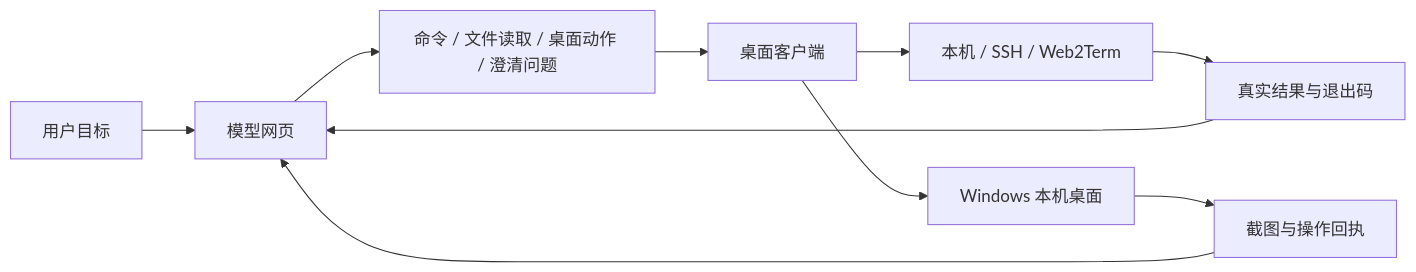
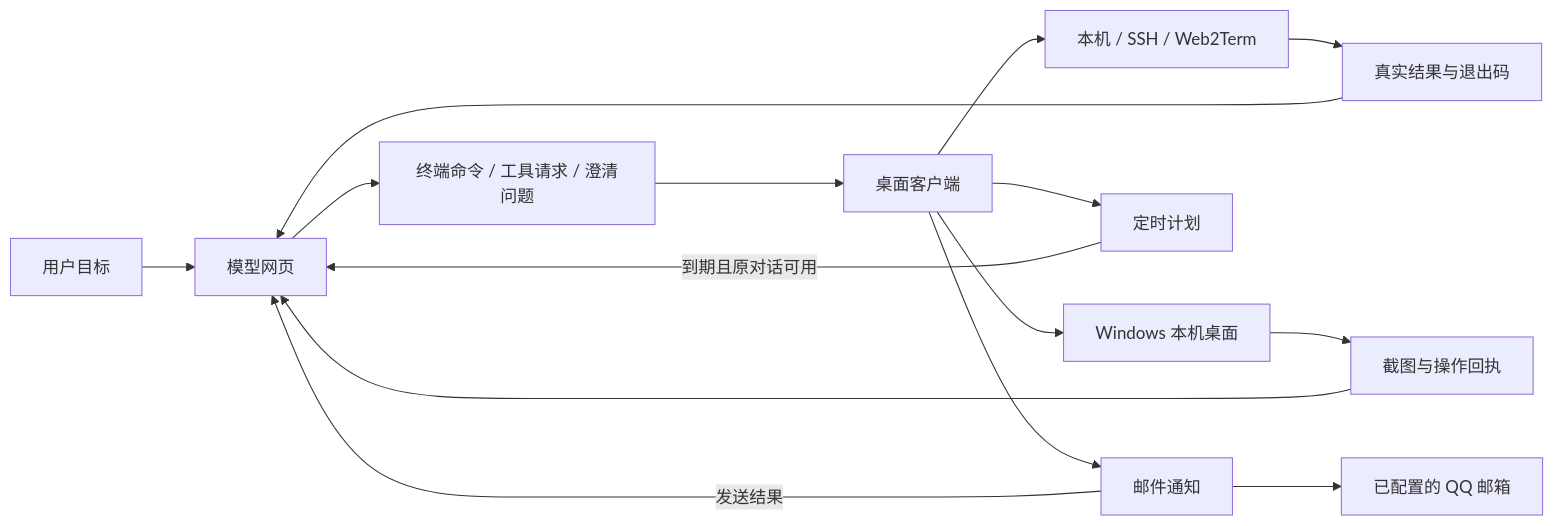
Before and after one commit to naledao/Web2Term: the first of 2 diagrams in README.md, drawn with Mermaid. The commit also changed other lines of this file and 30 other files, not shown here.

````diff
--- a/README.md
+++ b/README.md
@@ -42,12 +44,17 @@
 ```mermaid
 flowchart LR
   U[用户目标] --> M[模型网页]
-  M --> R[命令 / 文件读取 / 桌面动作 / 澄清问题]
+  M --> R[终端命令 / 工具请求 / 澄清问题]
   R --> C[桌面客户端]
   C --> T[本机 / SSH / Web2Term]
   T --> O[真实结果与退出码]
   O --> M
   C --> D[Windows 本机桌面]
   D --> S[截图与操作回执]
   S --> M
+  C --> P[定时计划]
+  P -->|到期且原对话可用| M
+  C --> E[邮件通知]
+  E --> Q[已配置的 QQ 邮箱]
+  E -->|发送结果| M
 ```
````
